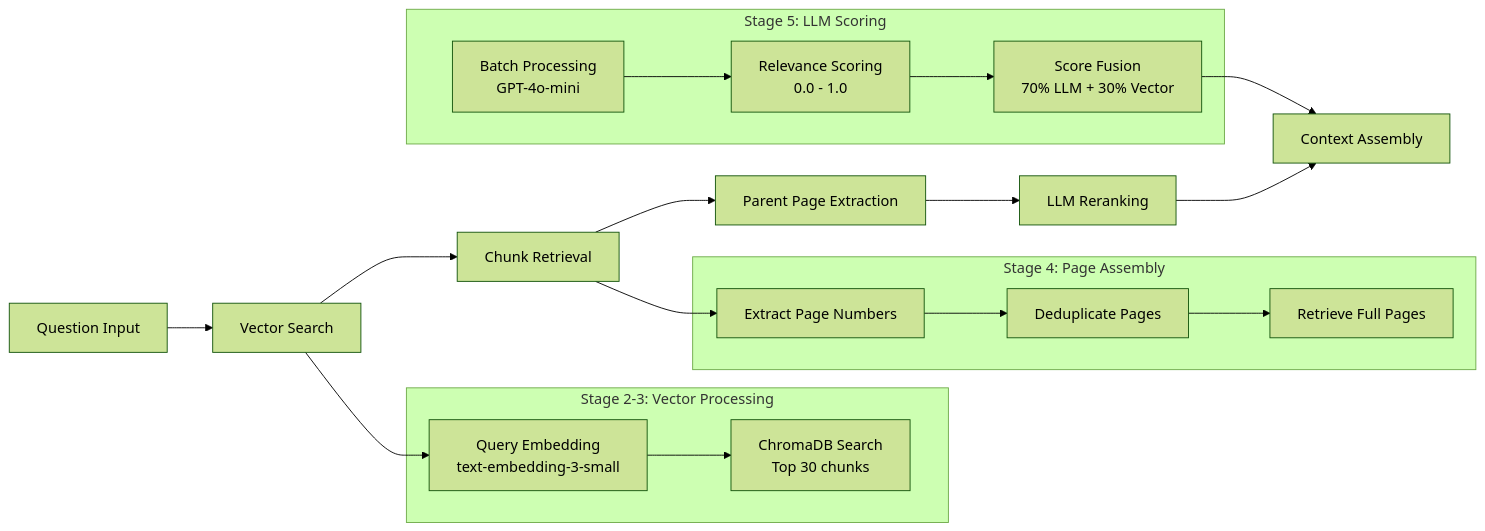
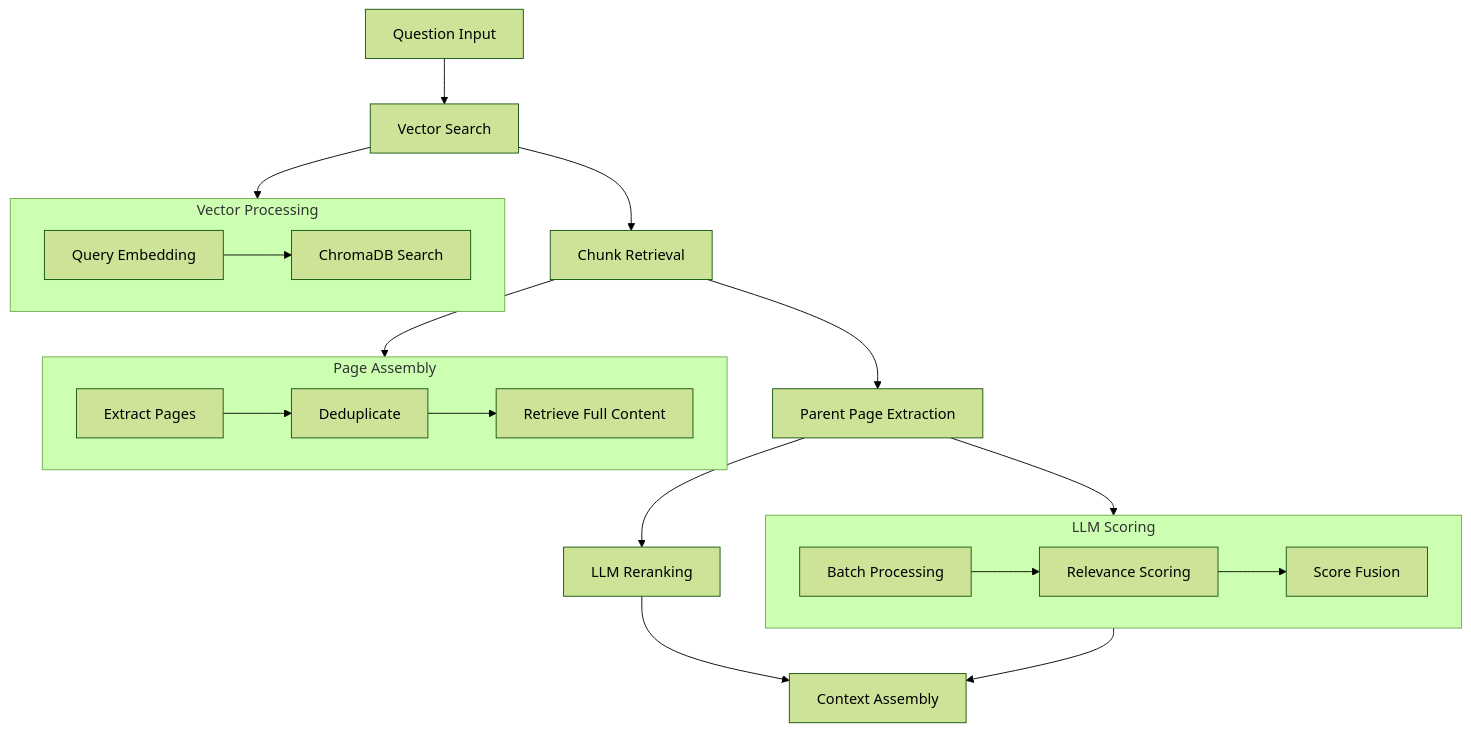
The second of 2 diagrams in README.md (xxcs13/RAGv1), drawn with Mermaid (forest theme) before and after one commit. The commit also changed other lines of this file, not shown here.

````diff
--- a/README.md
+++ b/README.md
@@ -108,32 +94,33 @@
 ```mermaid
-flowchart LR
+flowchart TD
     A[Question Input] --> B[Vector Search]
     B --> C[Chunk Retrieval]
     C --> D[Parent Page Extraction]
     D --> E[LLM Reranking]
     E --> F[Context Assembly]
     
-    subgraph "Stage 2-3: Vector Processing"
-        B1[Query Embedding<br/>text-embedding-3-small]
-        B2[ChromaDB Search<br/>Top 30 chunks]
+    subgraph S1 ["Vector Processing"]
+        B1[Query Embedding]
+        B2[ChromaDB Search]
         B1 --> B2
     end
     
-    subgraph "Stage 4: Page Assembly"
-        D1[Extract Page Numbers]
-        D2[Deduplicate Pages]
-        D3[Retrieve Full Pages]
+    subgraph S2 ["Page Assembly"]
+        D1[Extract Pages]
+        D2[Deduplicate]
+        D3[Retrieve Full Content]
         D1 --> D2 --> D3
     end
     
-    subgraph "Stage 5: LLM Scoring"
-        E1[Batch Processing<br/>GPT-4o-mini]
-        E2[Relevance Scoring<br/>0.0 - 1.0]
-        E3[Score Fusion<br/>70% LLM + 30% Vector]
+    subgraph S3 ["LLM Scoring"]
+        E1[Batch Processing]
+        E2[Relevance Scoring]
+        E3[Score Fusion]
         E1 --> E2 --> E3
     end
     
-    B --> B1
-    C --> D1
-    E3 --> F
+    B --> S1
+    C --> S2
+    D --> S3
+    S3 --> F
 ```
````
